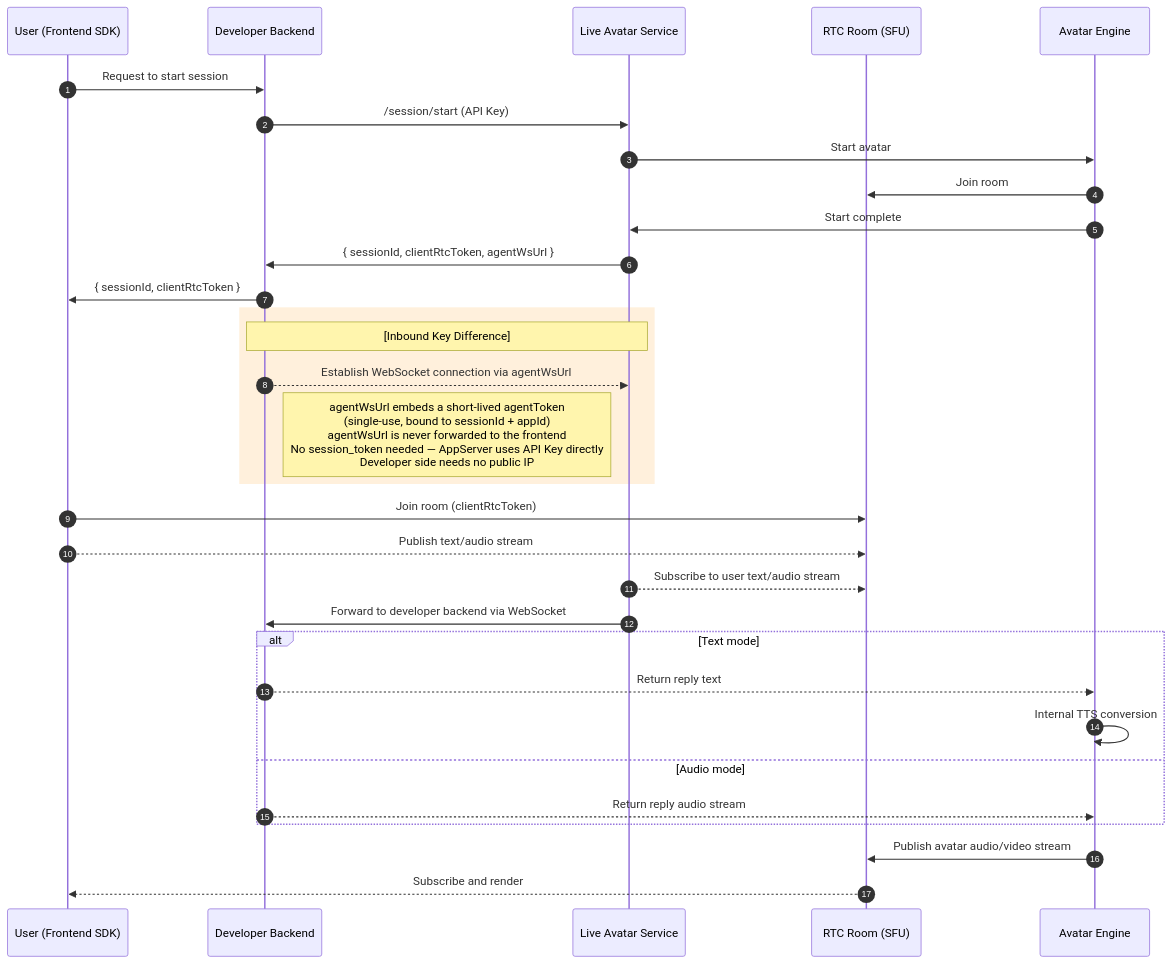
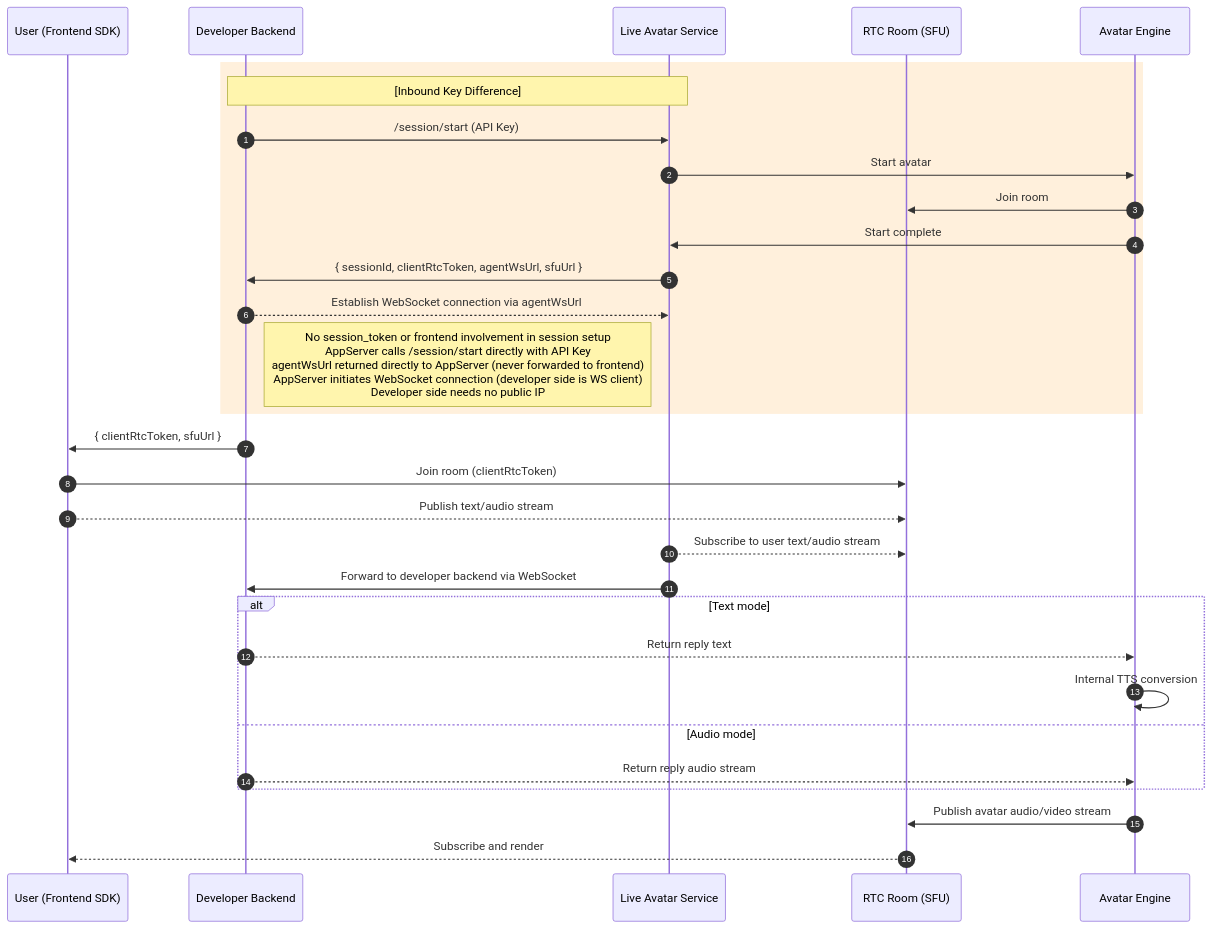
The first of 3 diagrams in PROTOCOL.md (newportAI-lab/liveavatar-channel-python), drawn with Mermaid before and after one commit. The commit also changed other lines of this file and 2 other files, not shown here.

Commit message:
inbound mode document update

````diff
--- a/PROTOCOL.md
+++ b/PROTOCOL.md
@@ -80,44 +81,41 @@
 ```mermaid
 sequenceDiagram
     autonumber
     participant User as User (Frontend SDK)
     participant AppServer as Developer Backend
     participant Platform as Live Avatar Service
     participant RTC as RTC Room (SFU)
     participant Avatar as Avatar Engine
 
-    %% 1. Session Start (server-side, API Key auth)
-    User->>AppServer: Request to start session
+    %% Key difference: entire session establishment is server-side only
+    rect rgb(255, 240, 220)
+    Note over AppServer, Platform: [Inbound Key Difference]
     AppServer->>Platform: /session/start (API Key)
     Platform->>Avatar: Start avatar
     Avatar->>RTC: Join room
     Avatar->>Platform: Start complete
-    Platform->>AppServer: { sessionId, clientRtcToken, agentWsUrl }
-    AppServer->>User: { sessionId, clientRtcToken }
-
-    %% Key difference: Inbound mode connection initiation
-    rect rgb(255, 240, 220)
-    Note over AppServer, Platform: [Inbound Key Difference]
+    Platform->>AppServer: { sessionId, clientRtcToken, agentWsUrl, sfuUrl }
     AppServer-->>Platform: Establish WebSocket connection via agentWsUrl
-    Note right of AppServer: agentWsUrl embeds a short-lived agentToken<br/>(single-use, bound to sessionId + appId)<br/>agentWsUrl is never forwarded to the frontend<br/>No session_token needed — AppServer uses API Key directly<br/>Developer side needs no public IP
+    Note right of AppServer: No session_token or frontend involvement in session setup<br/>AppServer calls /session/start directly with API Key<br/>agentWsUrl returned directly to AppServer (never forwarded to frontend)<br/>AppServer initiates WebSocket connection (developer side is WS client)<br/>Developer side needs no public IP
     end
+    AppServer->>User: { clientRtcToken, sfuUrl }
 
     %% 2. RTC link establishment
     User->>RTC: Join room (clientRtcToken)
     User-->>RTC: Publish text/audio stream
 
     %% 3. Core business loop
     Platform-->>RTC: Subscribe to user text/audio stream
     Platform->>AppServer: Forward to developer backend via WebSocket
 
     alt Text mode
         AppServer-->>Avatar: Return reply text
         Avatar->>Avatar: Internal TTS conversion
     else Audio mode
         AppServer-->>Avatar: Return reply audio stream
     end
 
     %% 4. Avatar feedback
     Avatar->>RTC: Publish avatar audio/video stream
     RTC-->>User: Subscribe and render
 ```
````
